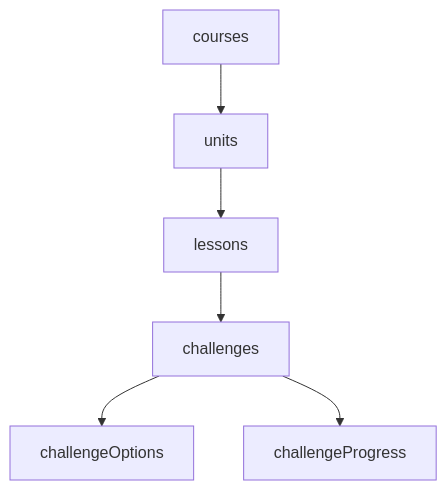
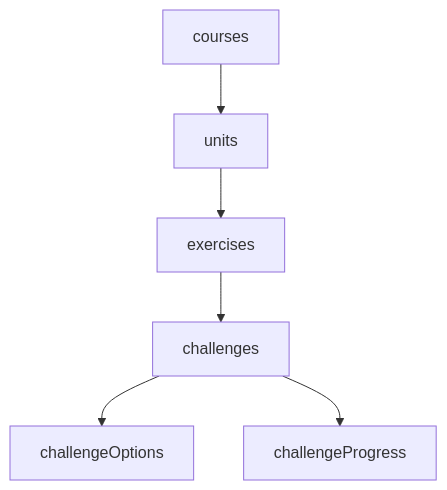
One commit to schandillia/Misqui changed the second of 2 diagrams in docs/ARCHITECTURE.md. Above: the diagram before and after it, drawn with Mermaid. The commit also changed other lines of this file and 45 other files, not shown here.

````diff
--- a/docs/ARCHITECTURE.md
+++ b/docs/ARCHITECTURE.md
@@ -48,8 +48,8 @@
 ```mermaid
 graph TD
     A[courses] --> B[units]
-    B --> C[lessons]
+    B --> C[exercises]
     C --> D[challenges]
     D --> E[challengeOptions]
     D --> F[challengeProgress]
 ```
````
